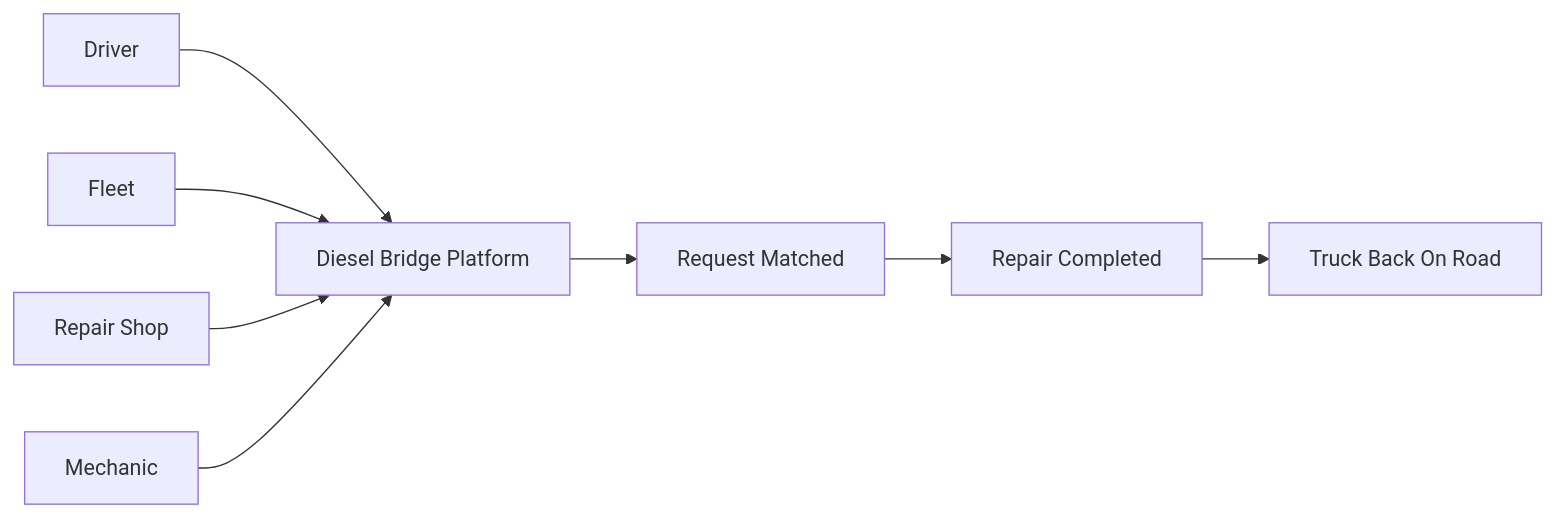
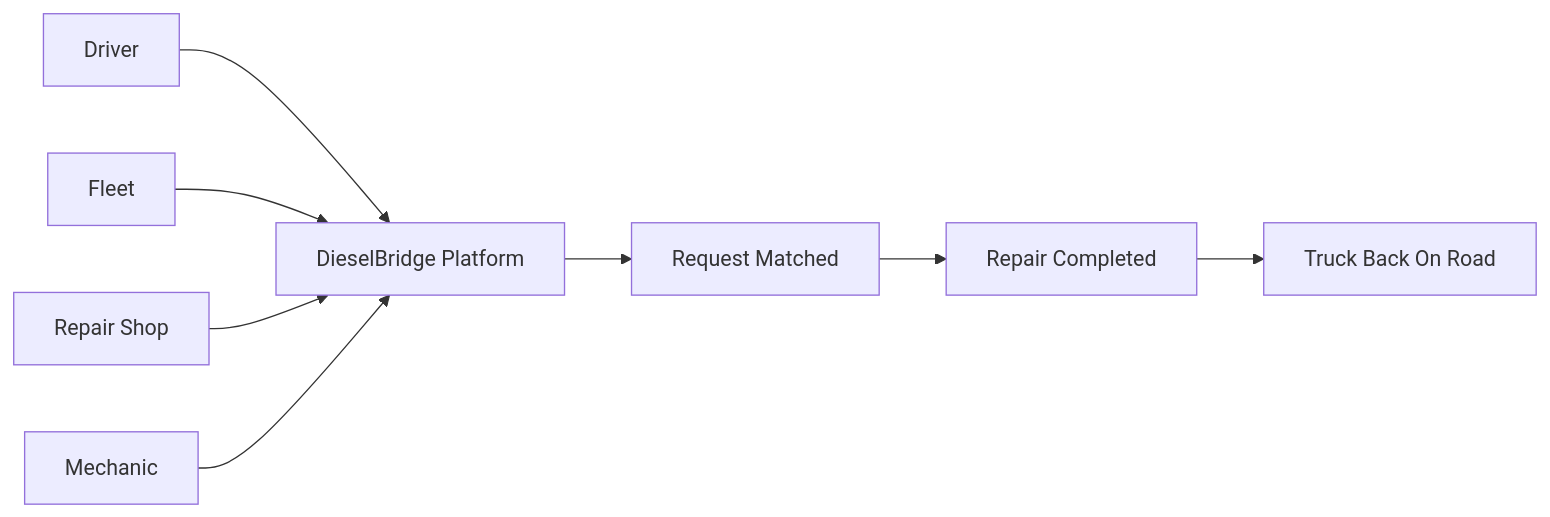
The diagram in docs/brand/DIESEL_BRIDGE_LOGO_ANIMATION_SPEC.md (mecaniser/truck-pit-stop), drawn with Mermaid before and after one commit. The commit also changed other lines of this file and 100 other files, not shown here.

````diff
--- a/docs/brand/DIESEL_BRIDGE_LOGO_ANIMATION_SPEC.md
+++ b/docs/brand/DIESEL_BRIDGE_LOGO_ANIMATION_SPEC.md
@@ -74,10 +74,10 @@
 ```mermaid
 flowchart LR
-  D["Driver"] --> P["Diesel Bridge Platform"]
+  D["Driver"] --> P["DieselBridge Platform"]
   F["Fleet"] --> P
   S["Repair Shop"] --> P
   M["Mechanic"] --> P
   P --> A["Request Matched"]
   A --> R["Repair Completed"]
   R --> U["Truck Back On Road"]
 ```
````
